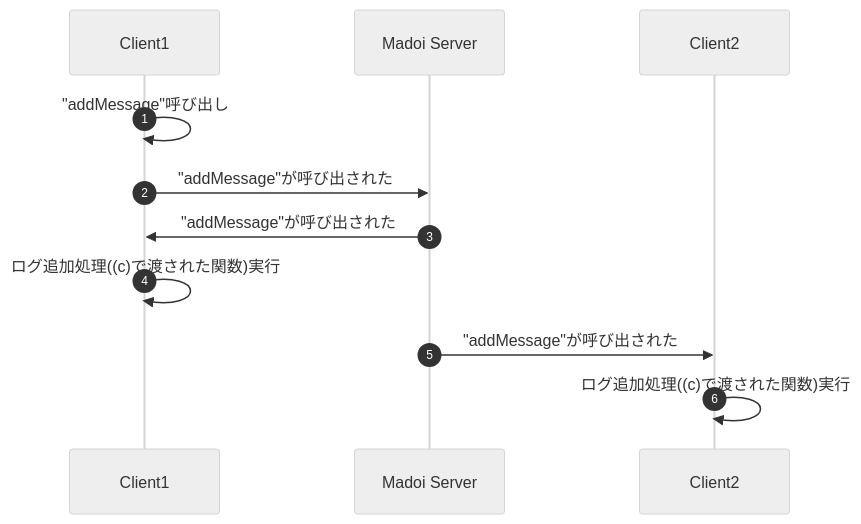
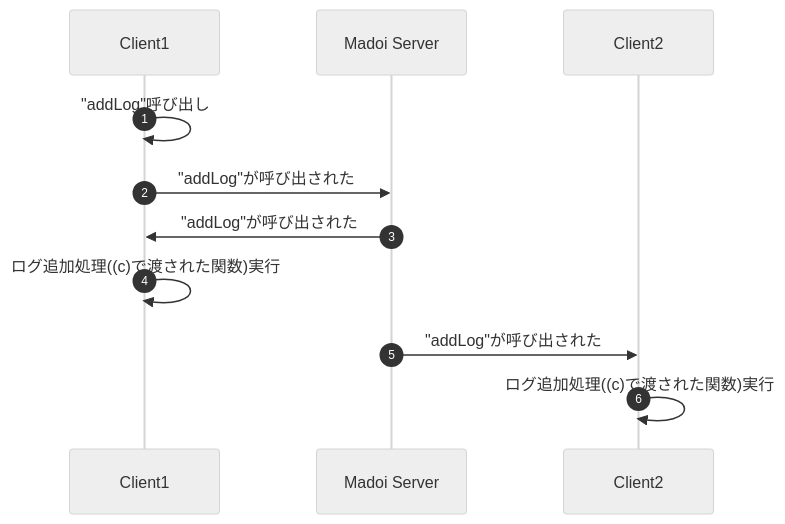
Before and after one commit to kcg-edu-future-lab/madoi-sample-chat-react-js: the first of 2 diagrams in README.md, drawn with Mermaid (neutral theme). The commit also changed other lines of this file and 1 other file, not shown here.

````diff
--- a/README.md
+++ b/README.md
@@ -81,13 +81,13 @@
 ```mermaid
 sequenceDiagram
     autonumber
     participant c1 as Client1
     participant s as Madoi Server
     participant c2 as Client2
-    c1->>c1: "addMessage"呼び出し
-    c1->>s: "addMessage"が呼び出された
-    s->>c1: "addMessage"が呼び出された
+    c1->>c1: "addLog"呼び出し
+    c1->>s: "addLog"が呼び出された
+    s->>c1: "addLog"が呼び出された
     c1->>c1: ログ追加処理((c)で渡された関数)実行
-    s->>c2: "addMessage"が呼び出された
+    s->>c2: "addLog"が呼び出された
     c2->>c2: ログ追加処理((c)で渡された関数)実行
 ```
````
